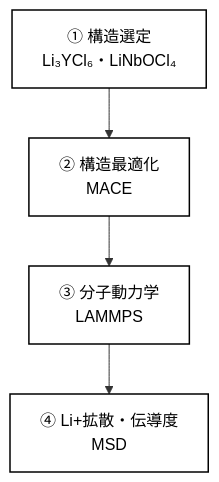
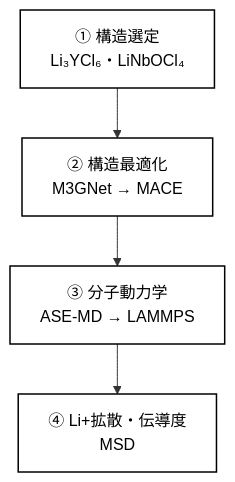
One commit to Long-Brian-Yang/li-research changed the diagram in docs/presentations/direction2_development_plan_ja.md. Above: the diagram before and after it, drawn with Mermaid. The commit also changed 1 other file, not shown here.

Commit message:
Update flowchart with method transitions

````diff
--- a/docs/presentations/direction2_development_plan_ja.md
+++ b/docs/presentations/direction2_development_plan_ja.md
@@ -9,10 +9,10 @@
 ```mermaid
 flowchart TD
     A["① 構造選定<br/>Li₃YCl₆・LiNbOCl₄"]
-    --> B["② 構造最適化<br/>MACE"]
-    --> C["③ 分子動力学<br/>LAMMPS"]
+    --> B["② 構造最適化<br/>M3GNet → MACE"]
+    --> C["③ 分子動力学<br/>ASE-MD → LAMMPS"]
     --> D["④ Li+拡散・伝導度<br/>MSD"]
 
     classDef step fill:#FFFFFF,stroke:#000000,stroke-width:1.5px,color:#000000;
     class A,B,C,D step;
 ```
````
